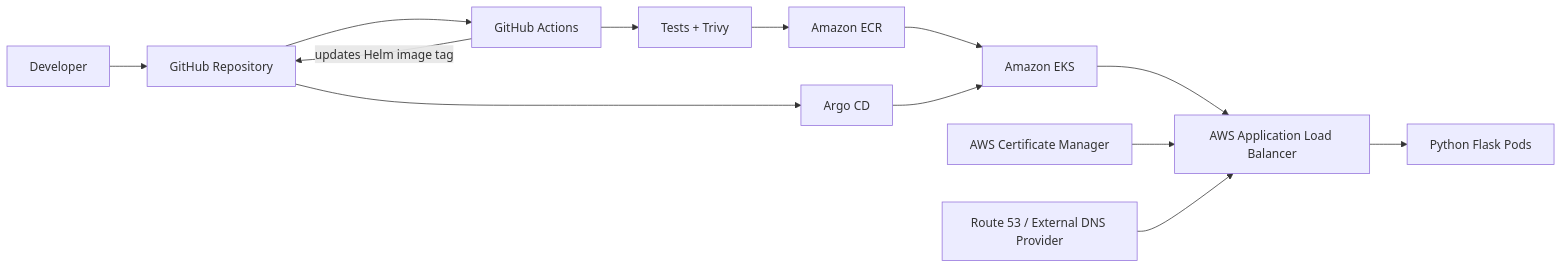
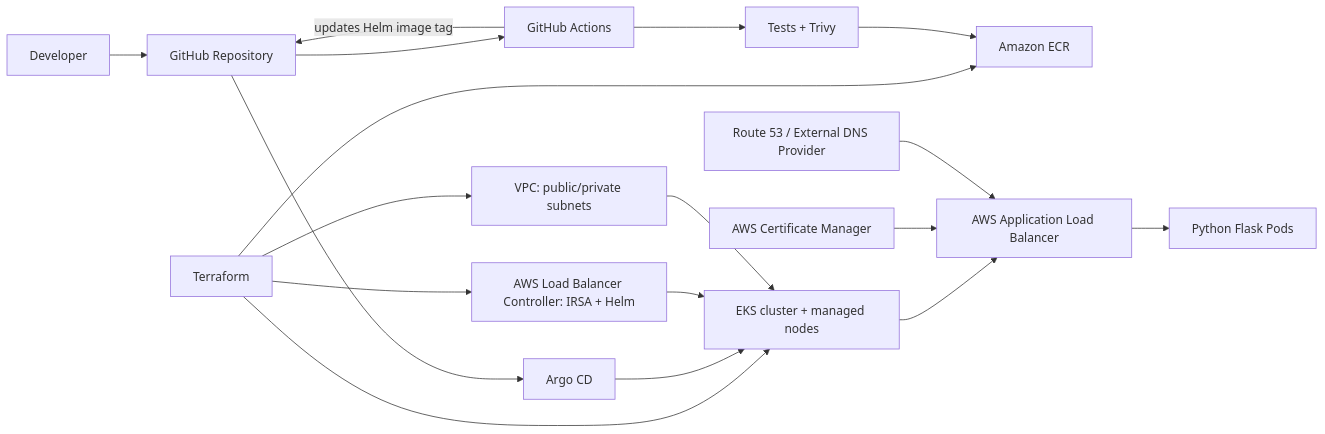
The diagram in docs/ARCHITECTURE.md (Sagar-dubey28/GitOps_DevSecOps_project), drawn with Mermaid before and after one commit. The commit also changed 20 other files, not shown here.

````diff
--- a/docs/ARCHITECTURE.md
+++ b/docs/ARCHITECTURE.md
@@ -3,15 +3,20 @@
 ```mermaid
 flowchart LR
     DEV[Developer] --> GH[GitHub Repository]
+    TF[Terraform] --> VPC[VPC: public/private subnets]
+    TF --> EKS[EKS cluster + managed nodes]
+    TF --> ECR[Amazon ECR]
+    TF --> LBC[AWS Load Balancer Controller: IRSA + Helm]
     GH --> GA[GitHub Actions]
     GA --> TEST[Tests + Trivy]
-    TEST --> ECR[Amazon ECR]
-    ECR --> EKS[Amazon EKS]
+    TEST --> ECR
     GA -->|updates Helm image tag| GH
     GH --> ARGO[Argo CD]
     ARGO --> EKS
+    LBC --> EKS
+    VPC --> EKS
     EKS --> ALB[AWS Application Load Balancer]
     ALB --> APP[Python Flask Pods]
     ACM[AWS Certificate Manager] --> ALB
     DNS[Route 53 / External DNS Provider] --> ALB
 ```
````
